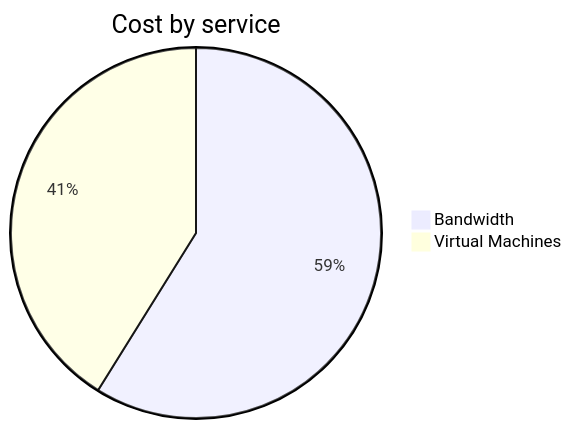
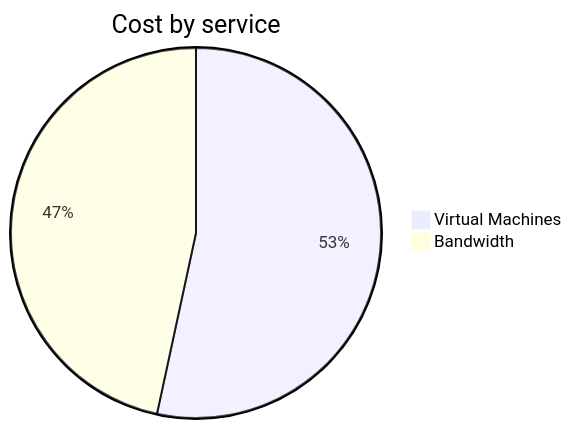
Before and after one commit to jpfulton/azure-personal-reports: the second of 4 diagrams in cost-reports/personal-network/vpn-server.md, drawn with Mermaid. The commit also changed other lines of this file and 8 other files, not shown here.

````diff
--- a/cost-reports/personal-network/vpn-server.md
+++ b/cost-reports/personal-network/vpn-server.md
@@ -96,6 +96,6 @@
 ```mermaid
 pie
    title Cost by service
-   "Bandwidth" : 5.91
-   "Virtual Machines" : 4.13
+   "Virtual Machines" : 8.68
+   "Bandwidth" : 7.58
 ```
````
